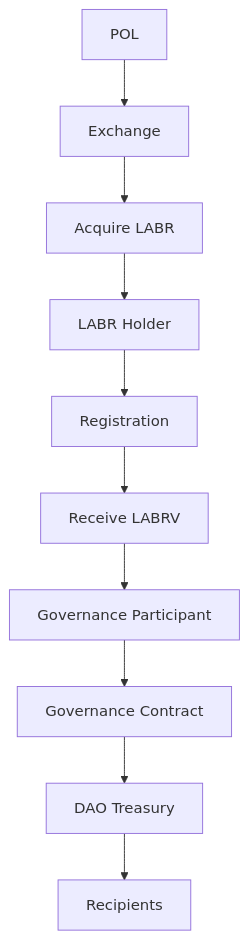
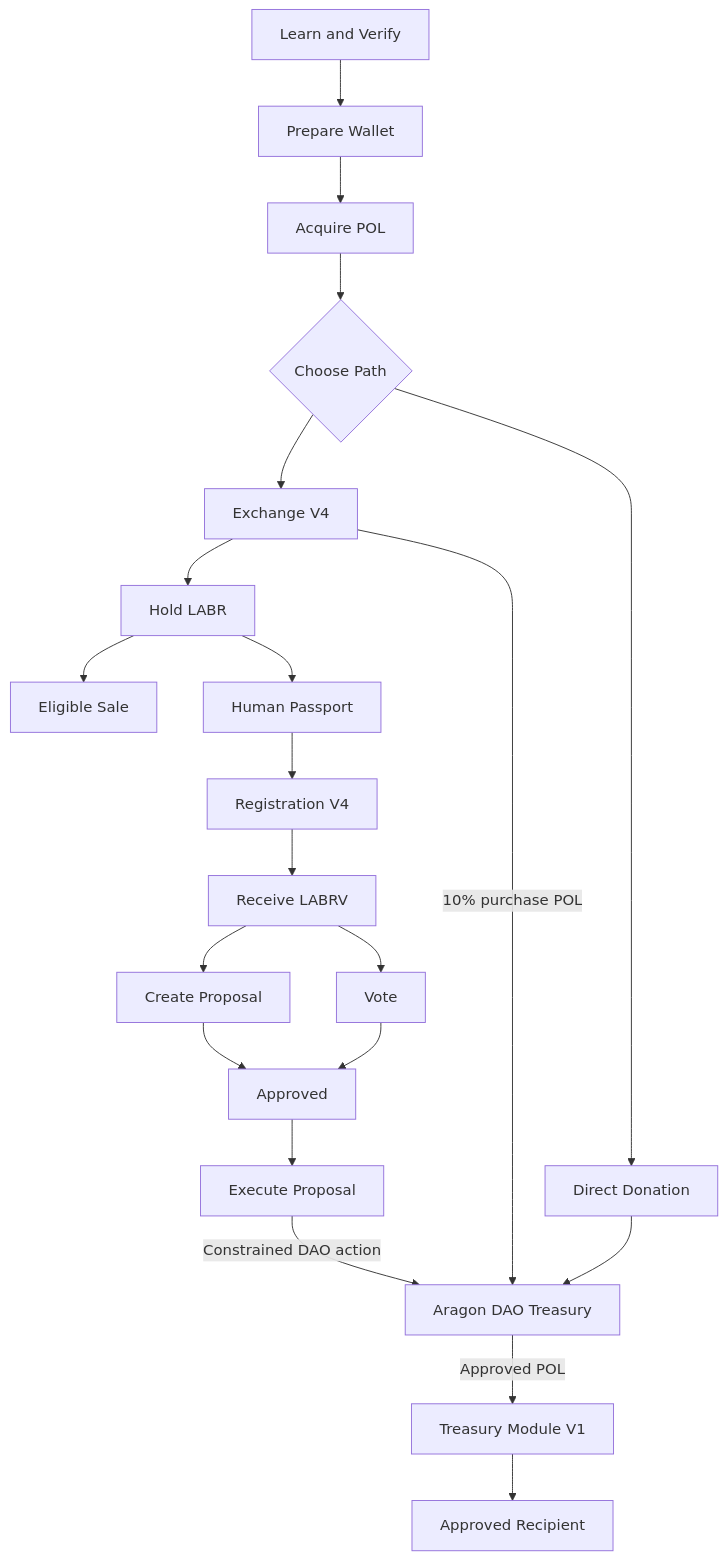
The ninth of 9 diagrams in docs/user-journey.md (LaborCoinCreator/LaborCoin), drawn with Mermaid before and after one commit. The commit also changed other lines of this file, not shown here.

````diff
--- a/docs/user-journey.md
+++ b/docs/user-journey.md
@@ -3,22 +885,49 @@
 ```mermaid
-graph TD
+flowchart TD
+    Learn[Learn and Verify]
+    Wallet[Prepare Wallet]
+    POL[Acquire POL]
+    Paths{Choose Path}
 
-POL[POL]
---> Exchange[Exchange]
+    Exchange[Exchange V4]
+    LABR[Hold LABR]
+    Sell[Eligible Sale]
 
-Exchange --> LABR[Acquire LABR]
+    Donate[Direct Donation]
+    Treasury[Aragon DAO Treasury]
 
-LABR --> Holder[LABR Holder]
+    Passport[Human Passport]
+    Registration[Registration V4]
+    LABRV[Receive LABRV]
 
-Holder --> Registration[Registration]
+    Proposal[Create Proposal]
+    Vote[Vote]
+    Approved[Approved]
+    Execute[Execute Proposal]
+    Module[Treasury Module V1]
+    Recipient[Approved Recipient]
 
-Registration --> LABRV[Receive LABRV]
+    Learn --> Wallet
+    Wallet --> POL
+    POL --> Paths
 
-LABRV --> Participant[Governance Participant]
+    Paths --> Exchange
+    Exchange --> LABR
+    LABR --> Sell
+    Exchange -->|10% purchase POL| Treasury
 
-Participant --> Governance[Governance Contract]
+    Paths --> Donate
+    Donate --> Treasury
 
-Governance --> Treasury[DAO Treasury]
-
-Treasury --> Recipients[Recipients]
+    LABR --> Passport
+    Passport --> Registration
+    Registration --> LABRV
+    LABRV --> Proposal
+    LABRV --> Vote
+    Proposal --> Approved
+    Vote --> Approved
+    Approved --> Execute
+    Execute -->|Constrained DAO action| Treasury
+    Treasury -->|Approved POL| Module
+    Module --> Recipient
 ```
````
